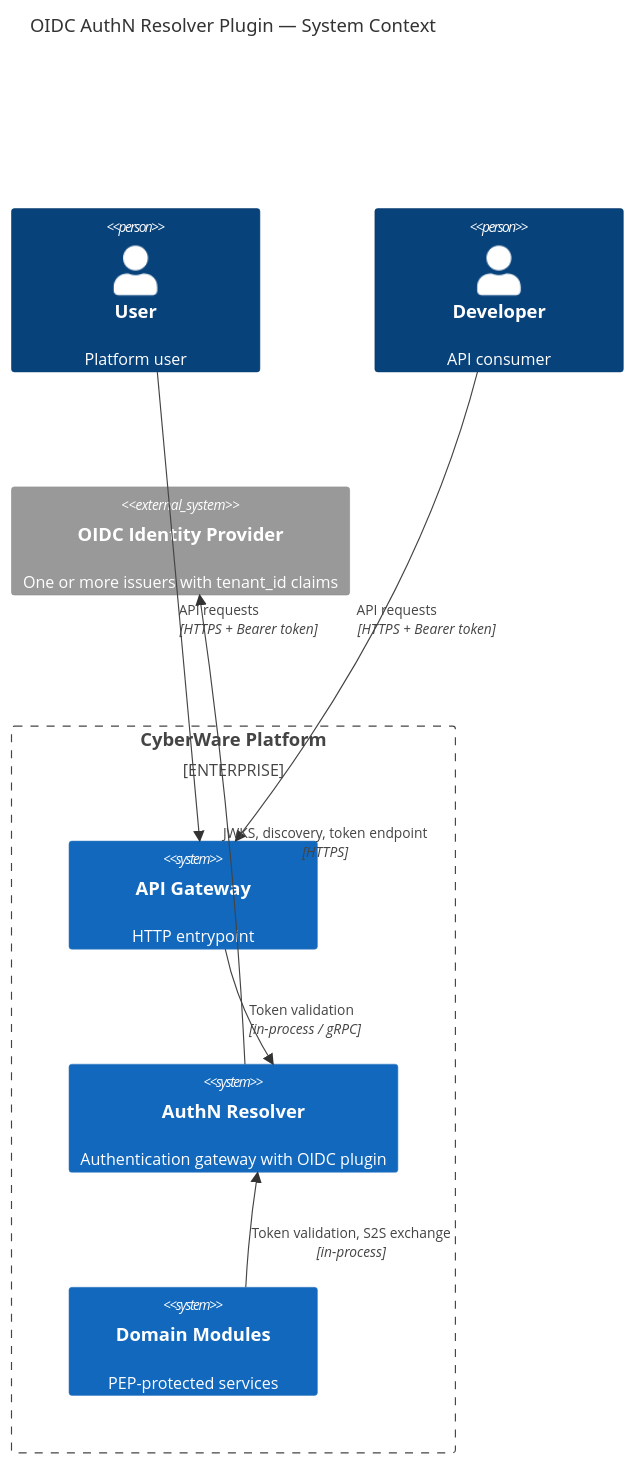
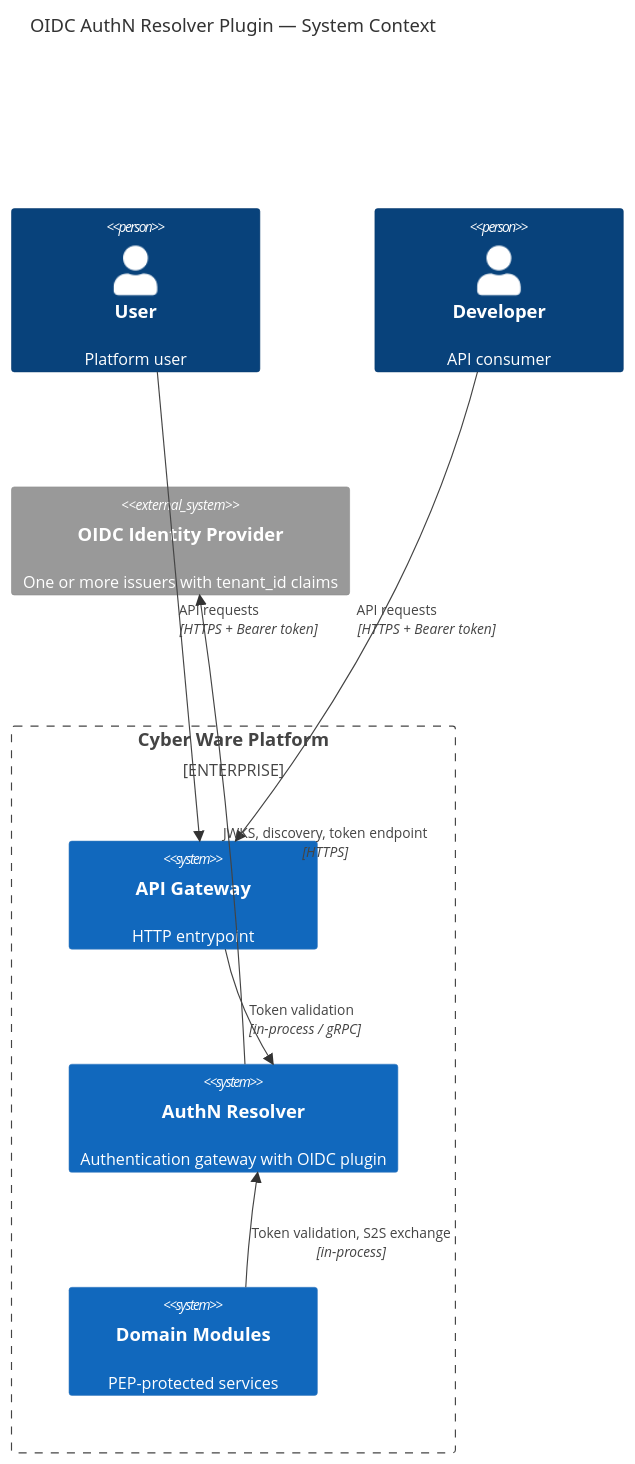
One commit to aviator5/hyperspot changed the first of 9 diagrams in modules/system/authn-resolver/plugins/oidc-authn-plugin/docs/DESIGN.md. Above: the diagram before and after it, drawn with Mermaid. The commit also changed other lines of this file and 140 other files, not shown here.

Commit message:
MAJOR: CyberFabric vs CyberWare split, part II

````diff
--- a/modules/system/authn-resolver/plugins/oidc-authn-plugin/docs/DESIGN.md
+++ b/modules/system/authn-resolver/plugins/oidc-authn-plugin/docs/DESIGN.md
@@ -54,21 +54,21 @@
 ```mermaid
 C4Context
     title OIDC AuthN Resolver Plugin — System Context
 
     Person(user, "User", "Platform user")
     Person(dev, "Developer", "API consumer")
 
-    Enterprise_Boundary(platform, "CyberWare Platform") {
+    Enterprise_Boundary(platform, "Cyber Ware Platform") {
         System(gateway, "API Gateway", "HTTP entrypoint")
         System(authn, "AuthN Resolver", "Authentication gateway with OIDC plugin")
         System(modules, "Domain Modules", "PEP-protected services")
     }
 
     System_Ext(idp, "OIDC Identity Provider", "One or more issuers with tenant_id claims")
 
     Rel(user, gateway, "API requests", "HTTPS + Bearer token")
     Rel(dev, gateway, "API requests", "HTTPS + Bearer token")
     Rel(gateway, authn, "Token validation", "in-process / gRPC")
     Rel(authn, idp, "JWKS, discovery, token endpoint", "HTTPS")
     Rel(modules, authn, "Token validation, S2S exchange", "in-process")
 ```
````
